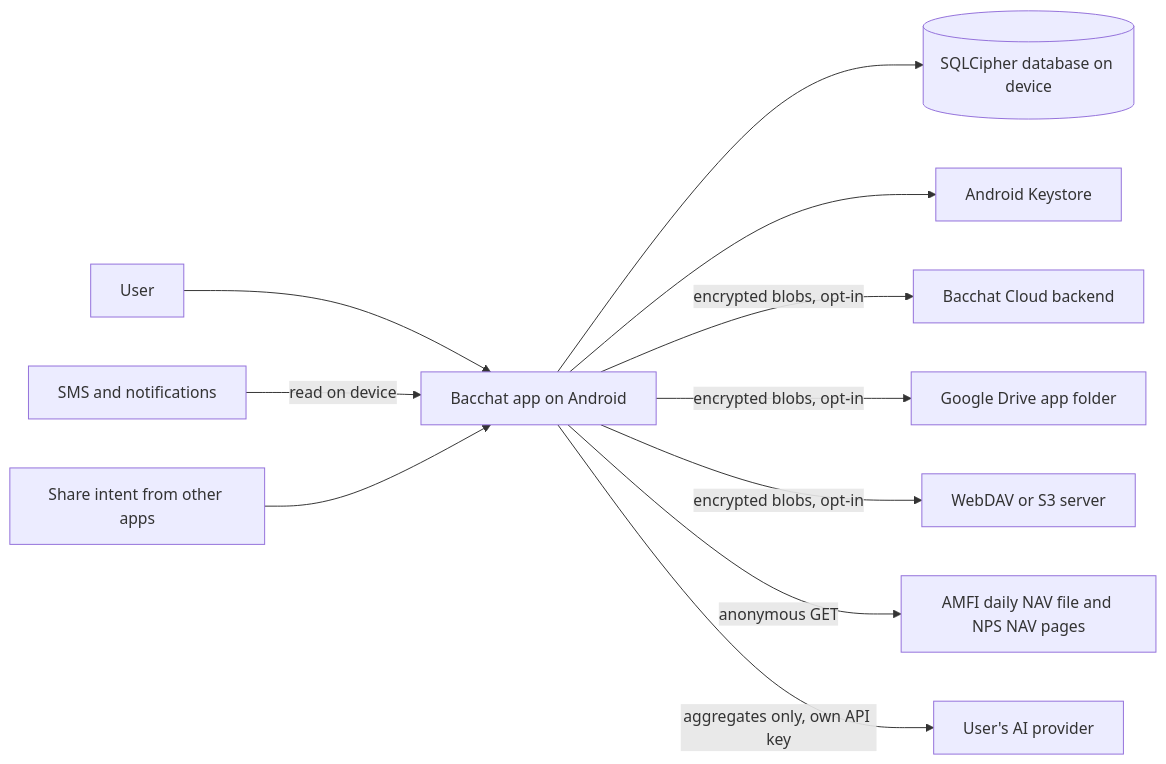
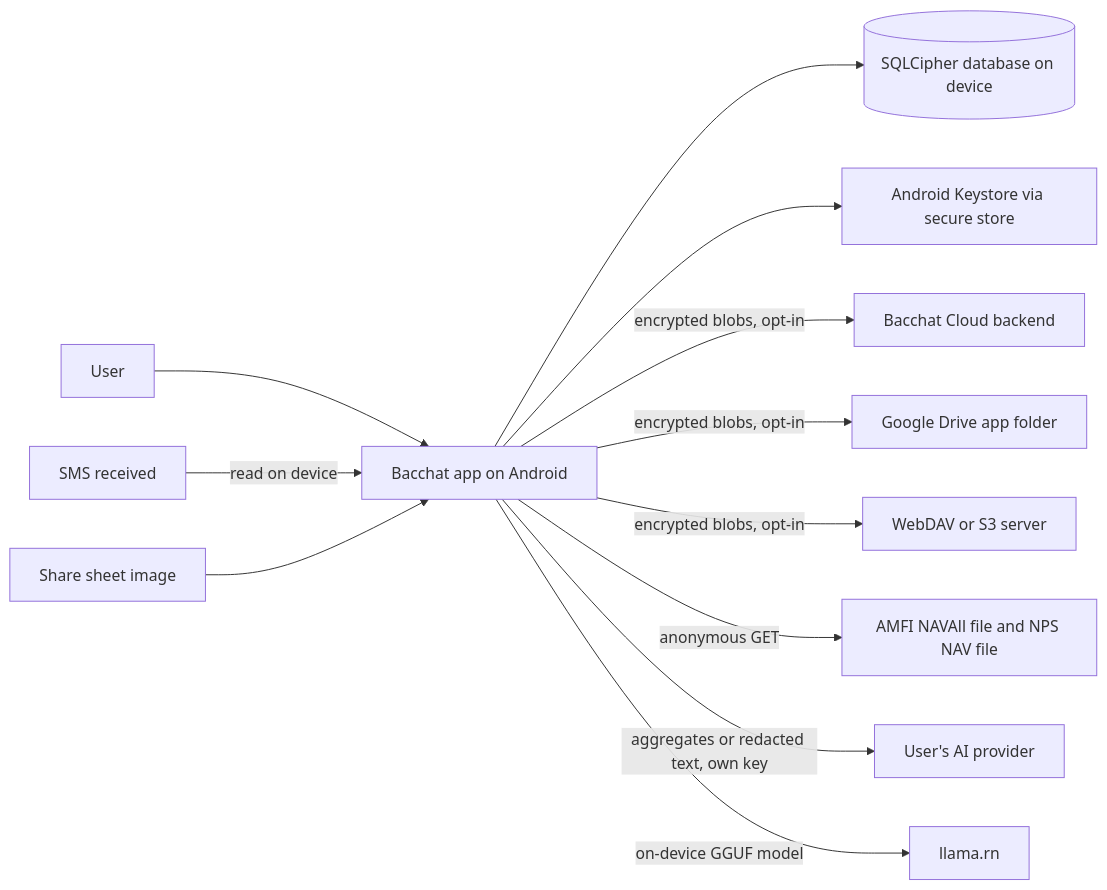
Before and after one commit to Aditya-Jyoti/bacchat: the first of 17 diagrams in docs/architecture.md, drawn with Mermaid. The commit also changed other lines of this file and 52 other files, not shown here.

````diff
--- a/docs/architecture.md
+++ b/docs/architecture.md
@@ -9,13 +9,14 @@
 ```mermaid
 flowchart LR
     U[User] --> APP[Bacchat app on Android]
     APP --> DB[(SQLCipher database on device)]
-    APP --> KS[Android Keystore]
+    APP --> KS[Android Keystore via secure store]
     APP -->|encrypted blobs, opt-in| BE[Bacchat Cloud backend]
     APP -->|encrypted blobs, opt-in| GD[Google Drive app folder]
     APP -->|encrypted blobs, opt-in| WS[WebDAV or S3 server]
-    APP -->|anonymous GET| NAV[AMFI daily NAV file and NPS NAV pages]
-    APP -->|aggregates only, own API key| AI[User's AI provider]
-    SMS[SMS and notifications] -->|read on device| APP
-    SH[Share intent from other apps] --> APP
+    APP -->|anonymous GET| NAV[AMFI NAVAll file and NPS NAV file]
+    APP -->|aggregates or redacted text, own key| AI[User's AI provider]
+    APP -->|on-device GGUF model| LLM[llama.rn]
+    SMS[SMS received] -->|read on device| APP
+    SH[Share sheet image] --> APP
 ```
````
